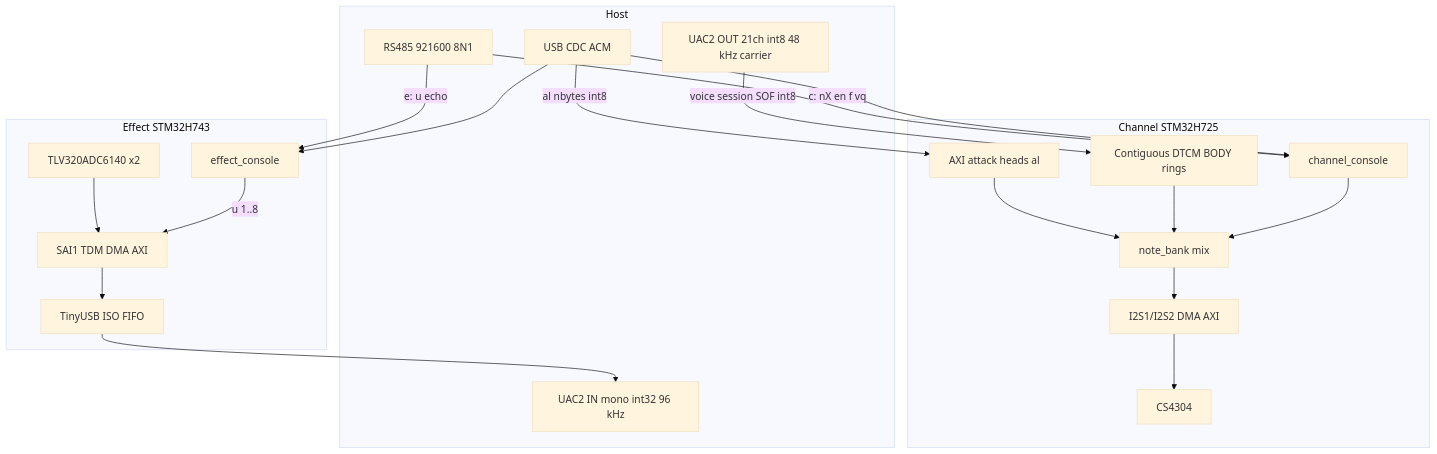
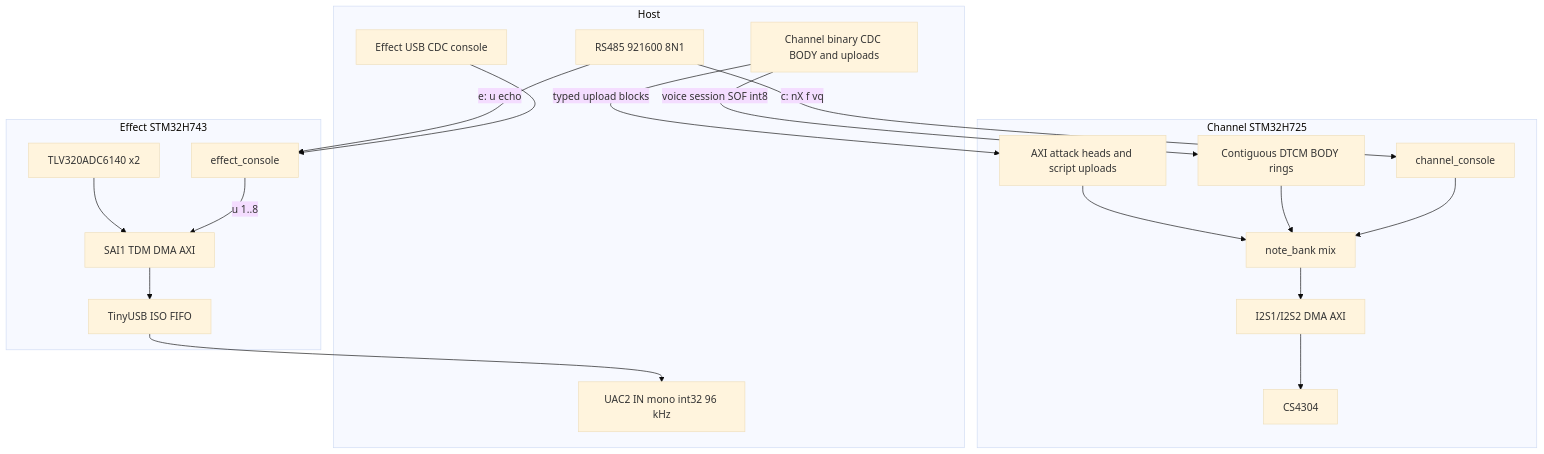
The first of 5 diagrams in docs/diagrams/card_data_flow.md (narendrabhatt-freshwater/firmware), drawn with Mermaid (base theme) before and after one commit. The commit also changed other lines of this file and 208 other files, not shown here.

First line of the commit message:
Migrate Channel Card streaming and uploads to framed USB CDC

````diff
--- a/docs/diagrams/card_data_flow.md
+++ b/docs/diagrams/card_data_flow.md
@@ -19,38 +19,37 @@
 ```mermaid
 flowchart TB
   subgraph host [Host]
     RS485[RS485 921600 8N1]
-    CDC[USB CDC ACM]
-    BodyOut[UAC2 OUT 21ch int8 48 kHz carrier]
+    CDC[Effect USB CDC console]
+    BodyOut[Channel binary CDC BODY and uploads]
     UacIn[UAC2 IN mono int32 96 kHz]
   end
 
   subgraph ch [Channel STM32H725]
     ChCon[channel_console]
-    ChAtk[AXI attack heads al]
+    ChAtk[AXI attack heads and script uploads]
     ChRing[Contiguous DTCM BODY rings]
     ChMix[note_bank mix]
     ChI2S[I2S1/I2S2 DMA AXI]
     ChDac[CS4304]
   end
 
   subgraph fx [Effect STM32H743]
     FxCon[effect_console]
     FxSai[SAI1 TDM DMA AXI]
     FxAdc[TLV320ADC6140 x2]
     FxFifo[TinyUSB ISO FIFO]
   end
 
-  RS485 -->|"c: nX en f vq"| ChCon
+  RS485 -->|"c: nX f vq"| ChCon
   RS485 -->|"e: u echo"| FxCon
-  CDC -->|"al nbytes int8"| ChAtk
-  CDC --> ChCon
+  BodyOut -->|"typed upload blocks"| ChAtk
   CDC --> FxCon
   BodyOut -->|"voice session SOF int8"| ChRing
   ChAtk --> ChMix
   ChRing --> ChMix
   ChCon --> ChMix
   ChMix --> ChI2S --> ChDac
   FxAdc --> FxSai --> FxFifo --> UacIn
   FxCon -->|"u 1..8"| FxSai
 ```
````
